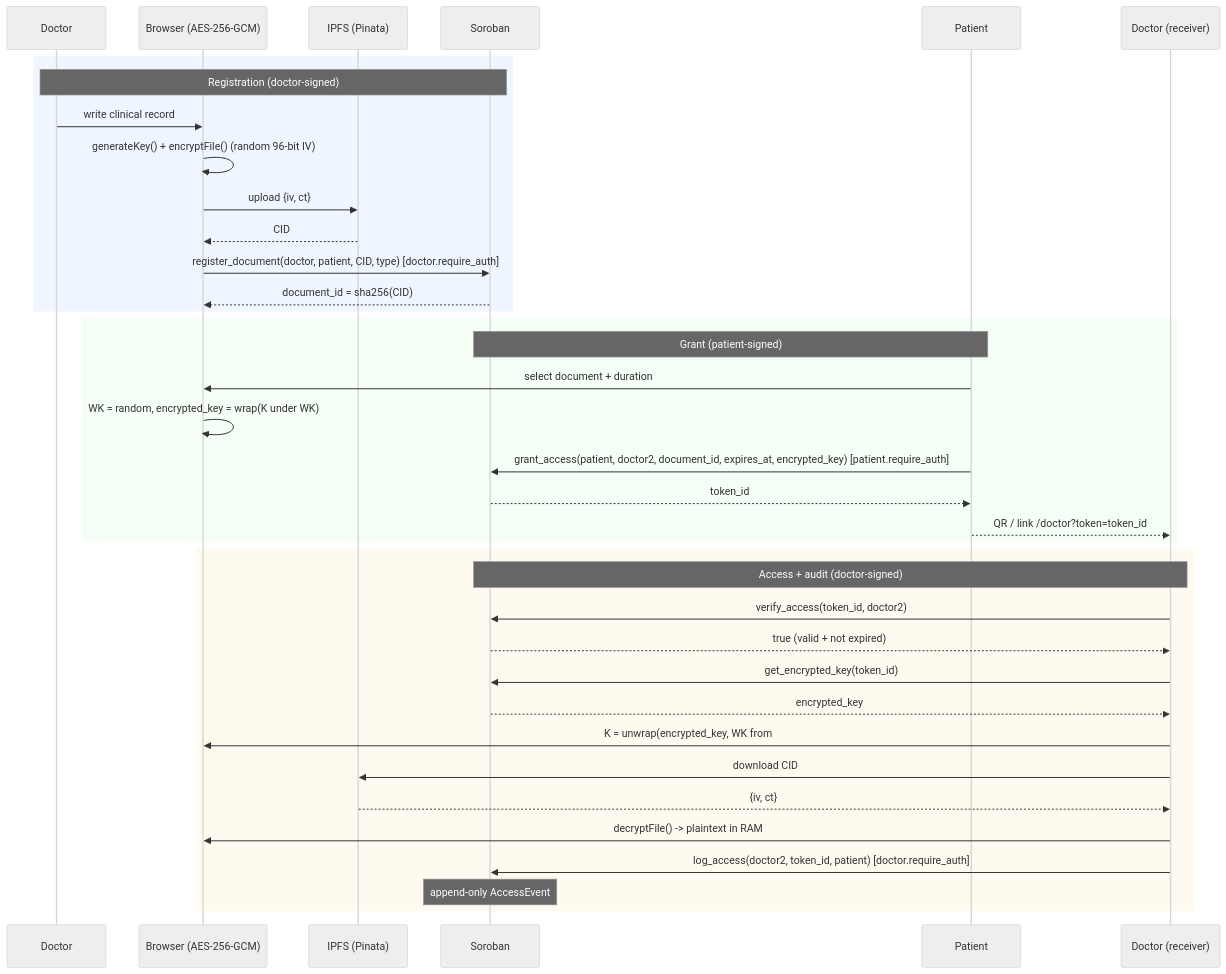
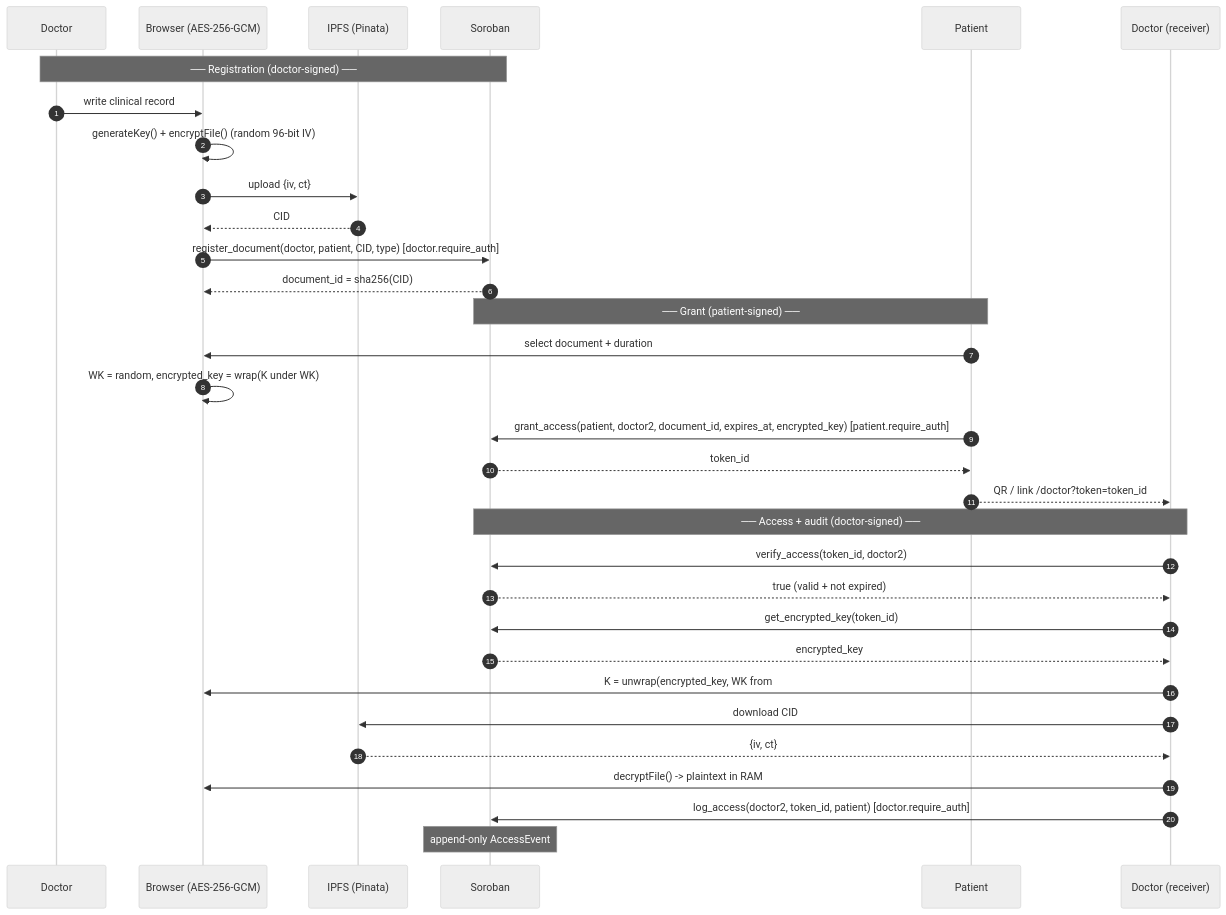
One commit to DevCristobalvc/medvault-stellar changed the third of 3 diagrams in ARCHITECTURE.md. Above: the diagram before and after it, drawn with Mermaid (neutral theme). The commit also changed 3 other files, not shown here.

First line of the commit message:
Add healthcare ransomware context to problem section and fix flow diagram readability

````diff
--- a/ARCHITECTURE.md
+++ b/ARCHITECTURE.md
@@ -189,42 +189,38 @@
 ```mermaid
 sequenceDiagram
     participant D as Doctor
     participant B as Browser (AES-256-GCM)
     participant I as IPFS (Pinata)
     participant SC as Soroban
     participant P as Patient
     participant D2 as Doctor (receiver)
 
-    rect rgb(240,246,255)
-    Note over D,SC: Registration (doctor-signed)
+    autonumber
+
+    Note over D,SC: ── Registration (doctor-signed) ──
     D->>B: write clinical record
     B->>B: generateKey() + encryptFile()  (random 96-bit IV)
     B->>I: upload {iv, ct}
     I-->>B: CID
     B->>SC: register_document(doctor, patient, CID, type)  [doctor.require_auth]
     SC-->>B: document_id = sha256(CID)
-    end
 
-    rect rgb(245,255,245)
-    Note over P,SC: Grant (patient-signed)
+    Note over P,SC: ── Grant (patient-signed) ──
     P->>B: select document + duration
     B->>B: WK = random, encrypted_key = wrap(K under WK)
     P->>SC: grant_access(patient, doctor2, document_id, expires_at, encrypted_key)  [patient.require_auth]
     SC-->>P: token_id
     P-->>D2: QR / link  /doctor?token=token_id#wk=WK
-    end
 
-    rect rgb(255,250,240)
-    Note over D2,SC: Access + audit (doctor-signed)
+    Note over D2,SC: ── Access + audit (doctor-signed) ──
     D2->>SC: verify_access(token_id, doctor2)
     SC-->>D2: true (valid + not expired)
     D2->>SC: get_encrypted_key(token_id)
     SC-->>D2: encrypted_key
     D2->>B: K = unwrap(encrypted_key, WK from #wk)
     D2->>I: download CID
     I-->>D2: {iv, ct}
     D2->>B: decryptFile() -> plaintext in RAM
     D2->>SC: log_access(doctor2, token_id, patient)  [doctor.require_auth]
     Note over SC: append-only AccessEvent
-    end
 ```
````
